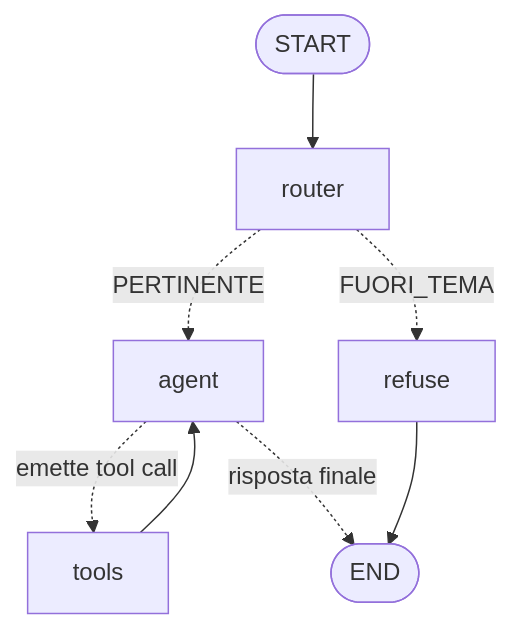
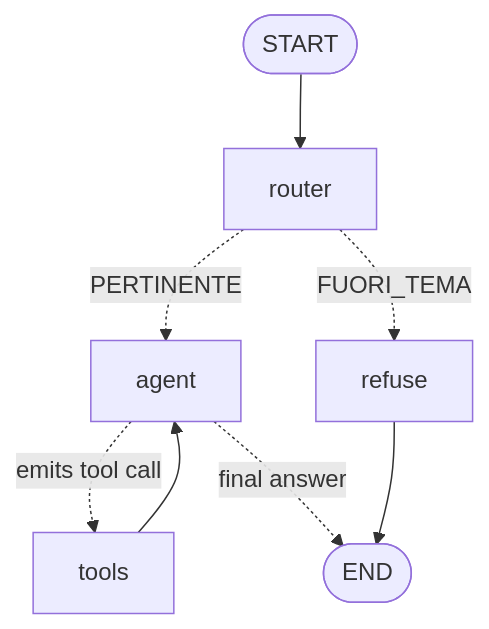
The diagram in README.md (Matt30412/study-agent), drawn with Mermaid before and after one commit. The commit also changed other lines of this file and 7 other files, not shown here.

````diff
--- a/README.md
+++ b/README.md
@@ -15,10 +18,10 @@
 ```mermaid
 graph TD
     S([START]) --> router
     router -.->|PERTINENTE| agent
     router -.->|FUORI_TEMA| refuse
-    agent -.->|emette tool call| tools
-    agent -.->|risposta finale| E([END])
+    agent -.->|emits tool call| tools
+    agent -.->|final answer| E([END])
     tools --> agent
     refuse --> E
 ```
````
